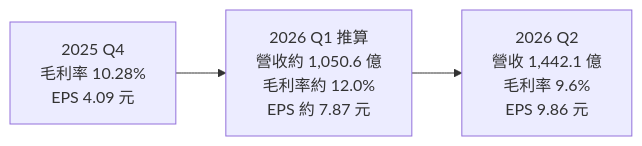
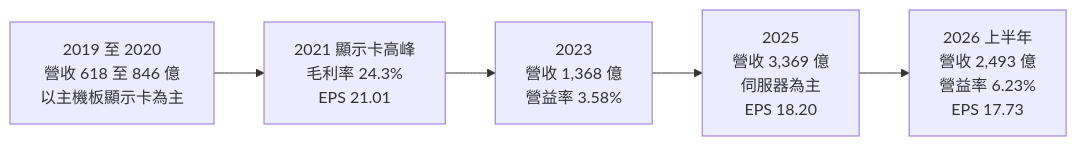
Before and after one commit to wangnick1004/taiwan-stock-vault: the third of 4 diagrams in 個股/台股/2376技嘉.md, drawn with Mermaid. The commit also changed other lines of this file and 19 other files, not shown here.

````diff
--- a/個股/台股/2376技嘉.md
+++ b/個股/台股/2376技嘉.md
@@ -134,4 +149,4 @@
 ```mermaid
 flowchart LR
-    Q4["2025 Q4<br/>毛利率 10.28%<br/>EPS 4.09 元"] --> Q1["2026 Q1 推算<br/>營收約 1,050.6 億<br/>毛利率約 12.0%<br/>EPS 約 7.87 元"] --> Q2["2026 Q2<br/>營收 1,442.1 億<br/>毛利率 9.6%<br/>EPS 9.86 元"]
+    Y19["2019 至 2020<br/>營收 618 至 846 億<br/>以主機板顯示卡為主"] --> Y21["2021 顯示卡高峰<br/>毛利率 24.3%<br/>EPS 21.01"] --> Y23["2023<br/>營收 1,368 億<br/>營益率 3.58%"] --> Y25["2025<br/>營收 3,369 億<br/>伺服器為主<br/>EPS 18.20"] --> H26["2026 上半年<br/>營收 2,493 億<br/>營益率 6.23%<br/>EPS 17.73"]
 ```
````
